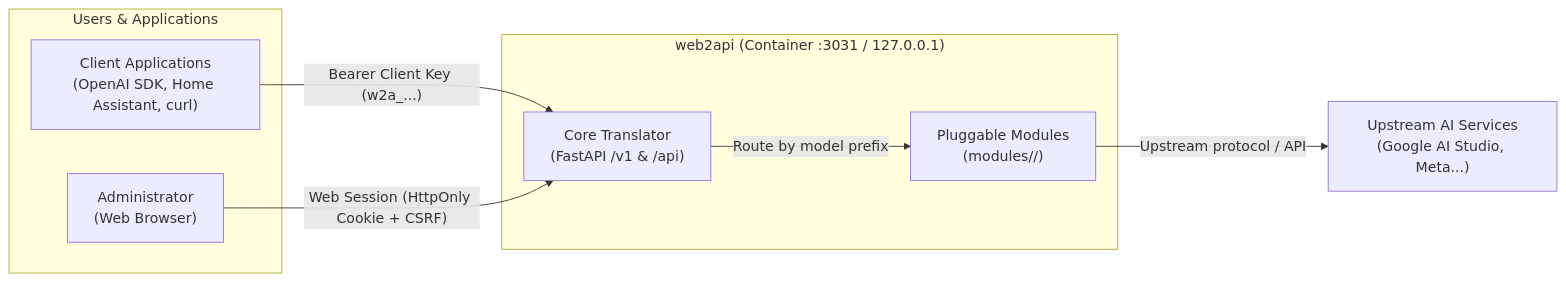
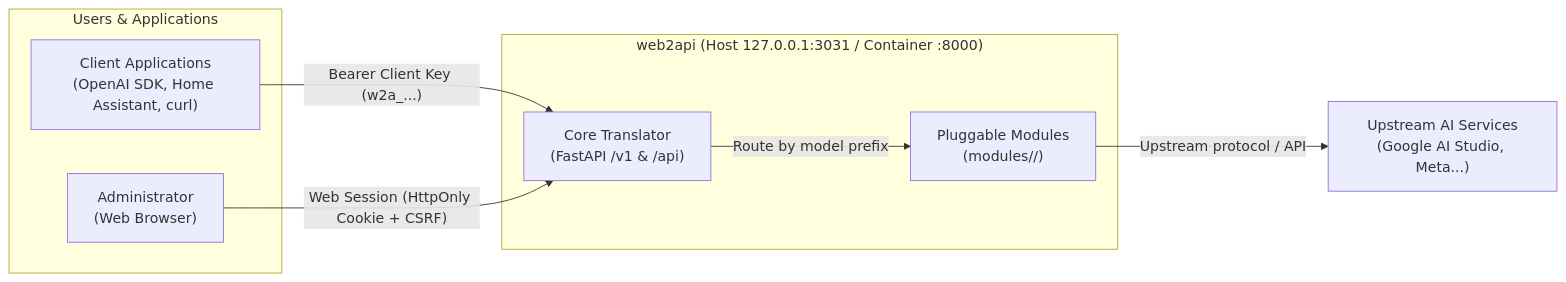
The diagram in README.en.md (TriTue2011/web2api), drawn with Mermaid before and after one commit. The commit also changed other lines of this file and 24 other files, not shown here.

````diff
--- a/README.en.md
+++ b/README.en.md
@@ -12,17 +12,17 @@
 ```mermaid
 flowchart LR
   subgraph USERS["Users & Applications"]
     CLIENT["Client Applications<br/>(OpenAI SDK, Home Assistant, curl)"]
     ADMIN["Administrator<br/>(Web Browser)"]
   end
-  subgraph W2A["web2api (Container :3031 / 127.0.0.1)"]
+  subgraph W2A["web2api (Host 127.0.0.1:3031 / Container :8000)"]
     CORE["Core Translator<br/>(FastAPI /v1 & /api)"]
     MOD["Pluggable Modules<br/>(modules/<id>/)"]
   end
   UPSTREAM["Upstream AI Services<br/>(Google AI Studio, Meta...)"]
 
   CLIENT -->|"Bearer Client Key (w2a_...)"| CORE
   ADMIN -->|"Web Session (HttpOnly Cookie + CSRF)"| CORE
   CORE -->|"Route by model prefix"| MOD
   MOD -->|"Upstream protocol / API"| UPSTREAM
 ```
````
